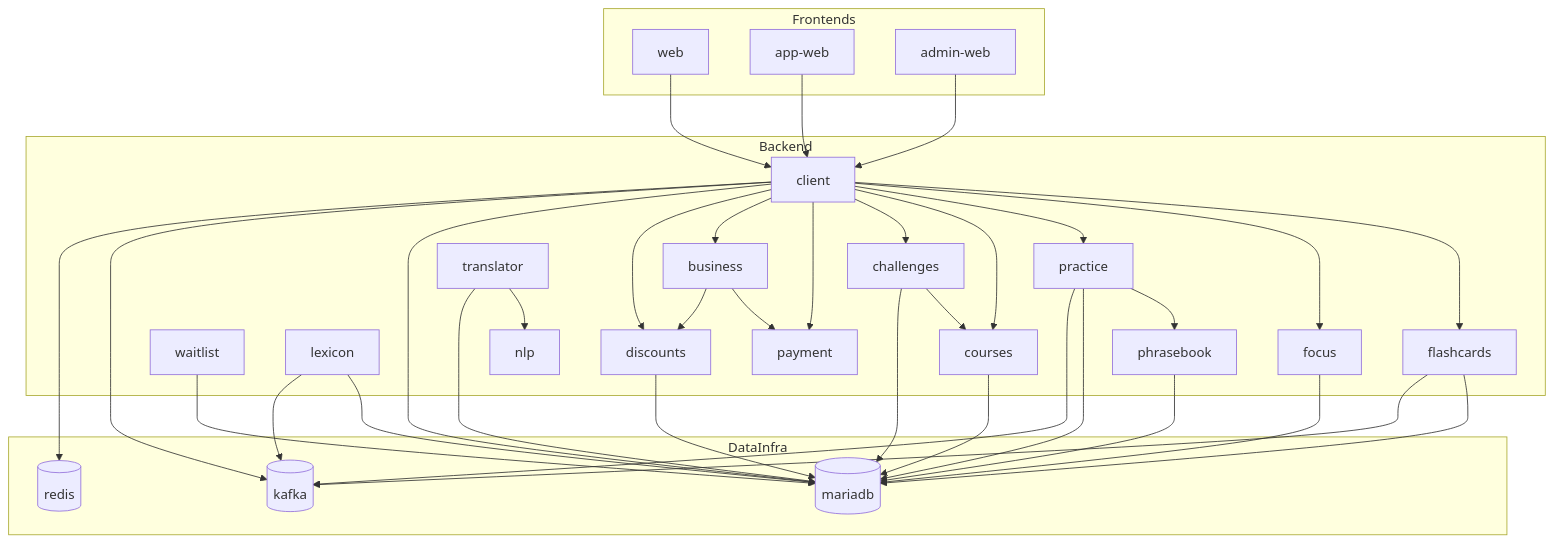
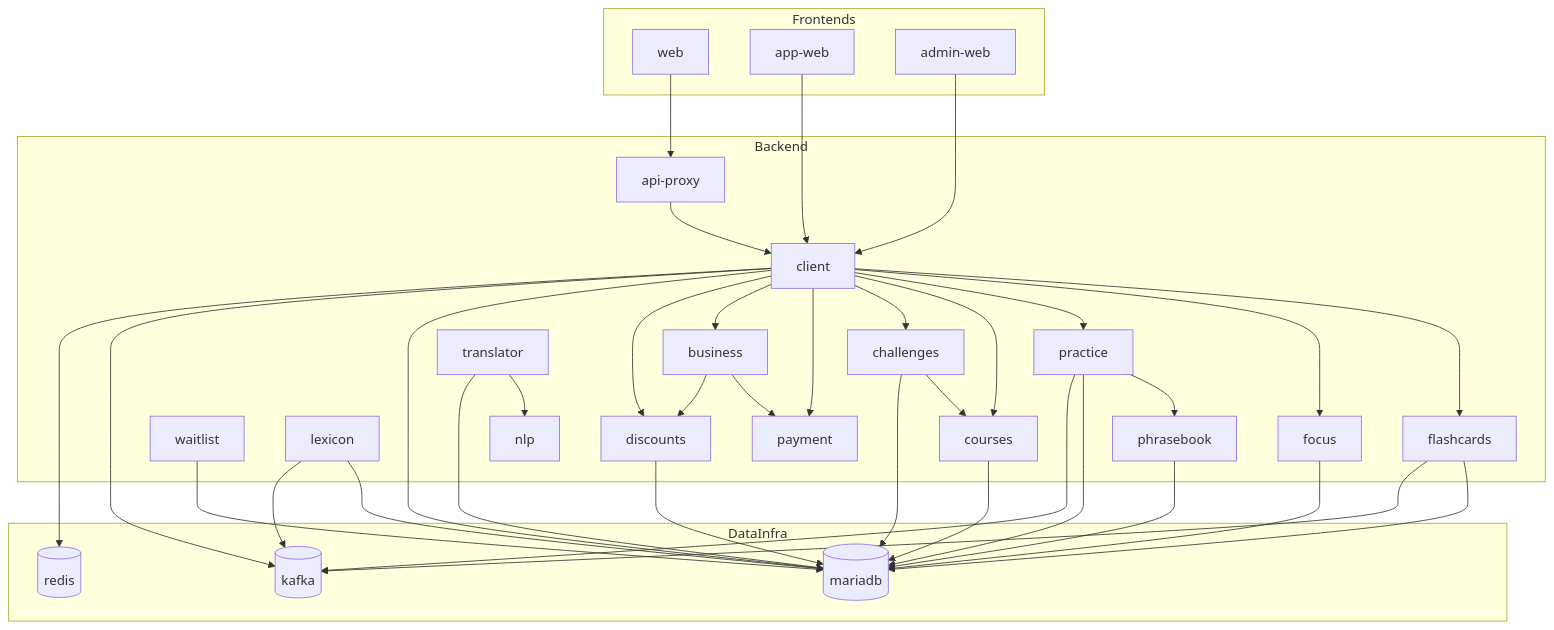
Before and after one commit to athbheochan-labs/misneach: the second of 2 diagrams in docs/architecture.md, drawn with Mermaid. The commit also changed other lines of this file and 6 other files, not shown here.

Commit message:
feat(infra): add api reverse proxy single entrypoint and production healthchecks

````diff
--- a/docs/architecture.md
+++ b/docs/architecture.md
@@ -22,67 +22,69 @@
 ```mermaid
 flowchart TB
   subgraph Frontends
     web[web]
     appweb[app-web]
     adminweb[admin-web]
   end
 
   subgraph Backend
+    apiproxy[api-proxy]
     client[client]
     business[business]
     payment[payment]
     discounts[discounts]
     waitlist[waitlist]
     lexicon[lexicon]
     phrasebook[phrasebook]
     flashcards[flashcards]
     focus[focus]
     practice[practice]
     courses[courses]
     challenges[challenges]
     translator[translator]
     nlp[nlp]
   end
 
   subgraph DataInfra
     mariadb[(mariadb)]
     redis[(redis)]
     kafka[(kafka)]
   end
 
-  web --> client
+  web --> apiproxy
   appweb --> client
   adminweb --> client
+  apiproxy --> client
 
   client --> flashcards
   client --> focus
   client --> practice
   client --> courses
   client --> challenges
   client --> payment
   client --> business
   client --> discounts
 
   business --> payment
   business --> discounts
   practice --> phrasebook
   challenges --> courses
   translator --> nlp
 
   client --> mariadb
   client --> kafka
   client --> redis
   lexicon --> mariadb
   lexicon --> kafka
   phrasebook --> mariadb
   flashcards --> mariadb
   flashcards --> kafka
   focus --> mariadb
   practice --> mariadb
   practice --> kafka
   courses --> mariadb
   challenges --> mariadb
   discounts --> mariadb
   waitlist --> mariadb
   translator --> mariadb
 ```
````
